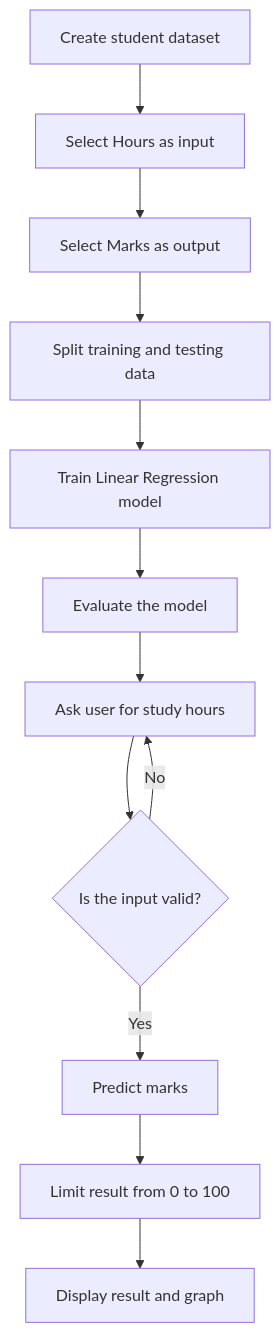
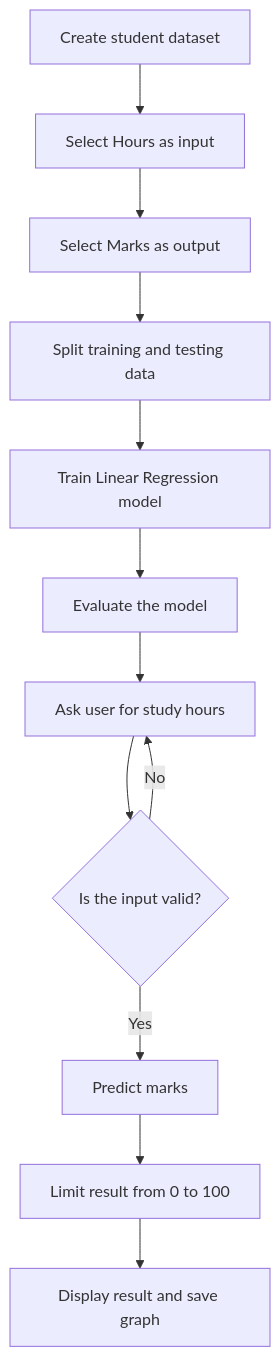
The diagram in README.md (suvodeeproy94-tech/Study-Hours-Marks-Prediction), drawn with Mermaid before and after one commit. The commit also changed other lines of this file and 3 other files, not shown here.

Commit message:
Highlight user prediction on graph

````diff
--- a/README.md
+++ b/README.md
@@ -113,14 +113,14 @@
 ```mermaid
 flowchart TD
     A[Create student dataset] --> B[Select Hours as input]
     B --> C[Select Marks as output]
     C --> D[Split training and testing data]
     D --> E[Train Linear Regression model]
     E --> F[Evaluate the model]
     F --> G[Ask user for study hours]
     G --> H{Is the input valid?}
     H -- No --> G
     H -- Yes --> I[Predict marks]
     I --> J[Limit result from 0 to 100]
-    J --> K[Display result and graph]
+    J --> K[Display result and save graph]
 ```
````
